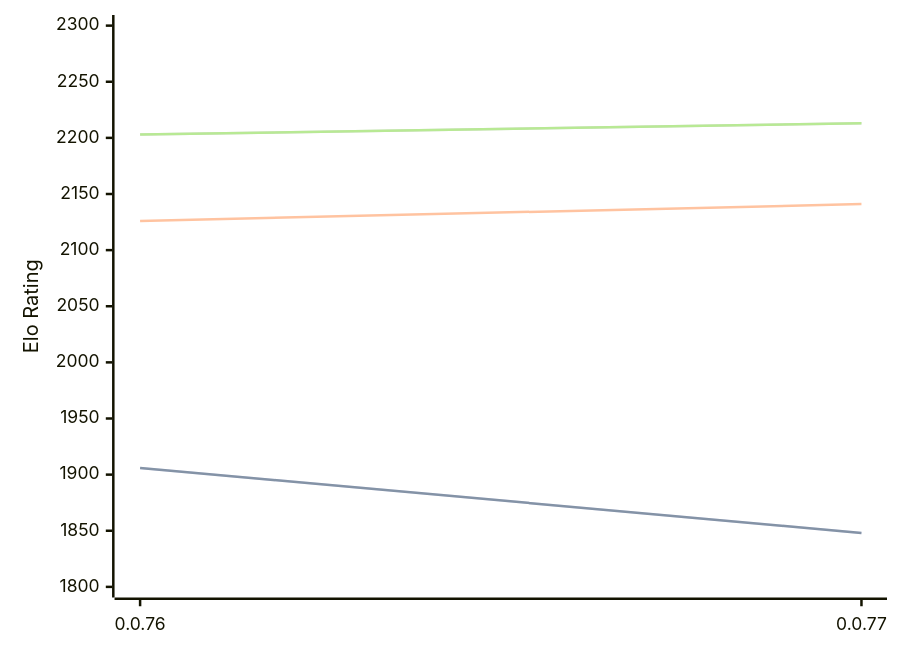
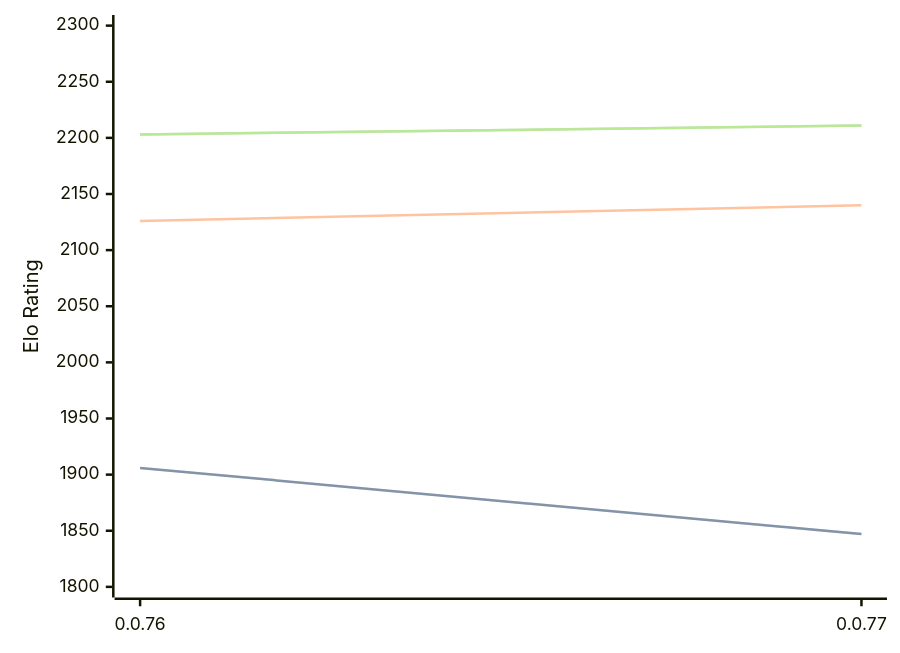
One commit to computer-chess-index/cci changed the third of 3 diagrams in engines/Fktb.md. Above: the diagram before and after it, drawn with Mermaid. The commit also changed other lines of this file, not shown here.

Commit message:
Update CCI Ratings (ELO VLTC) - 2026-06-19

````diff
--- a/engines/Fktb.md
+++ b/engines/Fktb.md
@@ -65,11 +65,11 @@
 ```mermaid
 %%{init: {"theme":"base","themeVariables":{"seriesColors:['#a3a3a3','#222221','#faa371']}}}%%
 xychart-beta
   x-axis ["0.0.76", "0.0.77"]
   y-axis "Elo Rating" 1800 --> 2300
-  line "STC (8.0+0.08s)" [1906, 1848]
-  line "STC (8.0+0.08s)" [1906, 1848]
-  line "LTC (60.0+0.60s)" [2126, 2141]
-  line "VLTC (2m24s+1.12s)" [2203, 2213]
-  line "VLTC (2m24s+1.12s)" [2203, 2213]
+  line "STC (8.0+0.08s)" [1906, 1847]
+  line "STC (8.0+0.08s)" [1906, 1847]
+  line "LTC (60.0+0.60s)" [2126, 2140]
+  line "VLTC (2m24s+1.12s)" [2203, 2211]
+  line "VLTC (2m24s+1.12s)" [2203, 2211]
 ```
````
